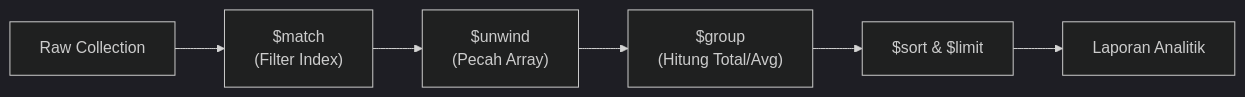
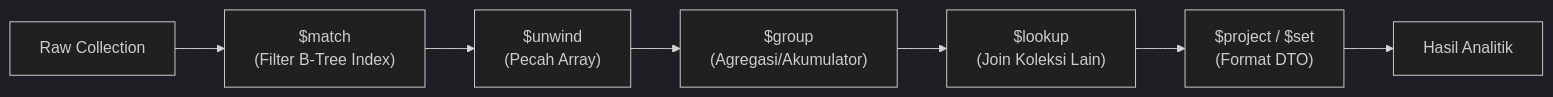
Before and after one commit to exa31/learning-docs: the first of 2 diagrams in src/content/docs/mongodb/03-aggregation-pipeline-lengkap.md, drawn with Mermaid (dark theme). The commit also changed other lines of this file and 7 other files, not shown here.

````diff
--- a/src/content/docs/mongodb/03-aggregation-pipeline-lengkap.md
+++ b/src/content/docs/mongodb/03-aggregation-pipeline-lengkap.md
@@ -16,8 +16,9 @@
 ```mermaid
 flowchart LR
-    Collection["Raw Collection"] --> StageMatch["$match\n(Filter Index)"]
-    StageMatch --> StageUnwind["$unwind\n(Pecah Array)"]
-    StageUnwind --> StageGroup["$group\n(Hitung Total/Avg)"]
-    StageGroup --> StageSort["$sort & $limit"]
-    StageSort --> FinalResult["Laporan Analitik"]
+    Collection["Raw Collection"] --> S1["$match\n(Filter B-Tree Index)"]
+    S1 --> S2["$unwind\n(Pecah Array)"]
+    S2 --> S3["$group\n(Agregasi/Akumulator)"]
+    S3 --> S4["$lookup\n(Join Koleksi Lain)"]
+    S4 --> S5["$project / $set\n(Format DTO)"]
+    S5 --> Output["Hasil Analitik"]
 ```
````
